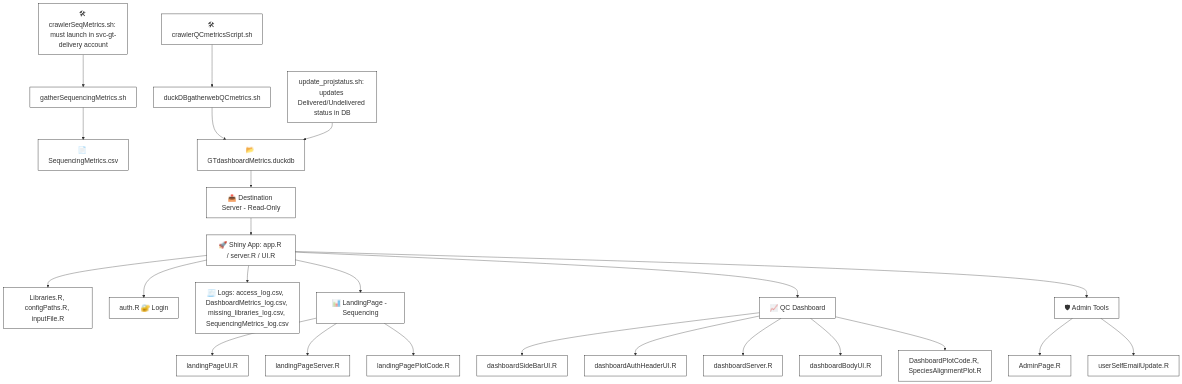
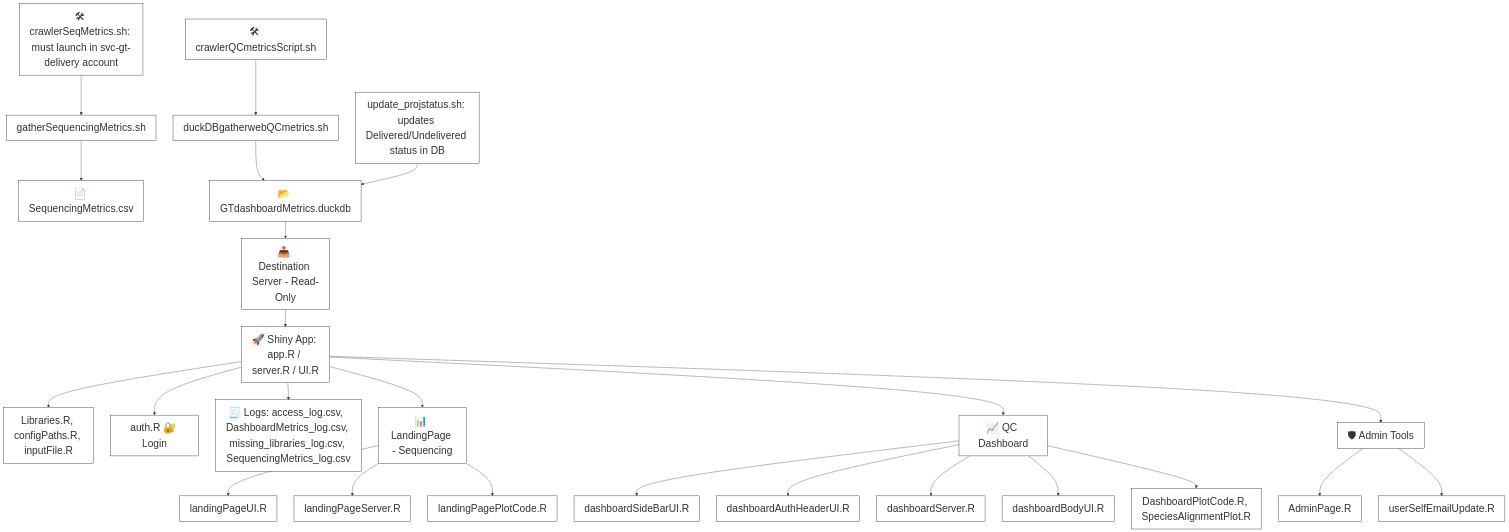
Before and after one commit to akinyanju/QCseqVisual_byRshiny: the diagram in QCdashboard/ReadMeDashboard.md, drawn with Mermaid.

````diff
--- a/QCdashboard/ReadMeDashboard.md
+++ b/QCdashboard/ReadMeDashboard.md
@@ -39,46 +39,46 @@
 ```mermaid
 flowchart TD
   %% Define font style class
-  classDef bigText fill:white,stroke:black,font-size:20px;
+  classDef bigText fill:white,stroke:black,font-size:30px;
 
   %% Crawlers
   A1[🛠 crawlerSeqMetrics.sh: must launch in svc-gt-delivery account] --> A2[gatherSequencingMetrics.sh]
   A3[🛠 crawlerQCmetricsScript.sh] --> A4[duckDBgatherwebQCmetrics.sh]
 
   %% Output from gather scripts
   A2 --> B1[📄 SequencingMetrics.csv]
   A4 --> B2[📂 GTdashboardMetrics.duckdb]
   update_projstatus.sh[update_projstatus.sh: updates Delivered/Undelivered status in DB] --> B2
 
   %% Push to destination
   B2 --> C1[📤 Destination Server - Read-Only]
 
   %% App Launch
   C1 --> D1[🚀 Shiny App: app.R / server.R / UI.R]
   D1 --> D2[Libraries.R, configPaths.R, inputFile.R]
   D1 --> D3[auth.R 🔐 Login]
   D1 --> D4[🧾 Logs: access_log.csv,  DashboardMetrics_log.csv,  missing_libraries_log.csv,  SequencingMetrics_log.csv]
 
   %% Landing Page
   D1 --> E1[📊 LandingPage - Sequencing]
   E1 --> E2[landingPageUI.R]
   E1 --> E3[landingPageServer.R]
   E1 --> E4[landingPagePlotCode.R]
 
   %% QC Dashboard Page
   D1 --> F1[📈 QC Dashboard]
   F1 --> F2[dashboardSideBarUI.R]
   F1 --> F3[dashboardAuthHeaderUI.R]
   F1 --> F4[dashboardServer.R]
   F1 --> F5[dashboardBodyUI.R]
   F1 --> F6[DashboardPlotCode.R, SpeciesAlignmentPlot.R]
 
   %% Admin Modules
   D1 --> G1[🛡 Admin Tools]
   G1 --> G2[AdminPage.R]
   G1 --> G3[userSelfEmailUpdate.R]
 
   %% Apply bigText class to all nodes
   class A1,A2,A3,A4,B1,B2,C1,D1,D2,D3,D4,E1,E2,E3,E4,F1,F2,F3,F4,F5,F6,G1,G2,G3,update_projstatus.sh bigText;
 
 ```
````
